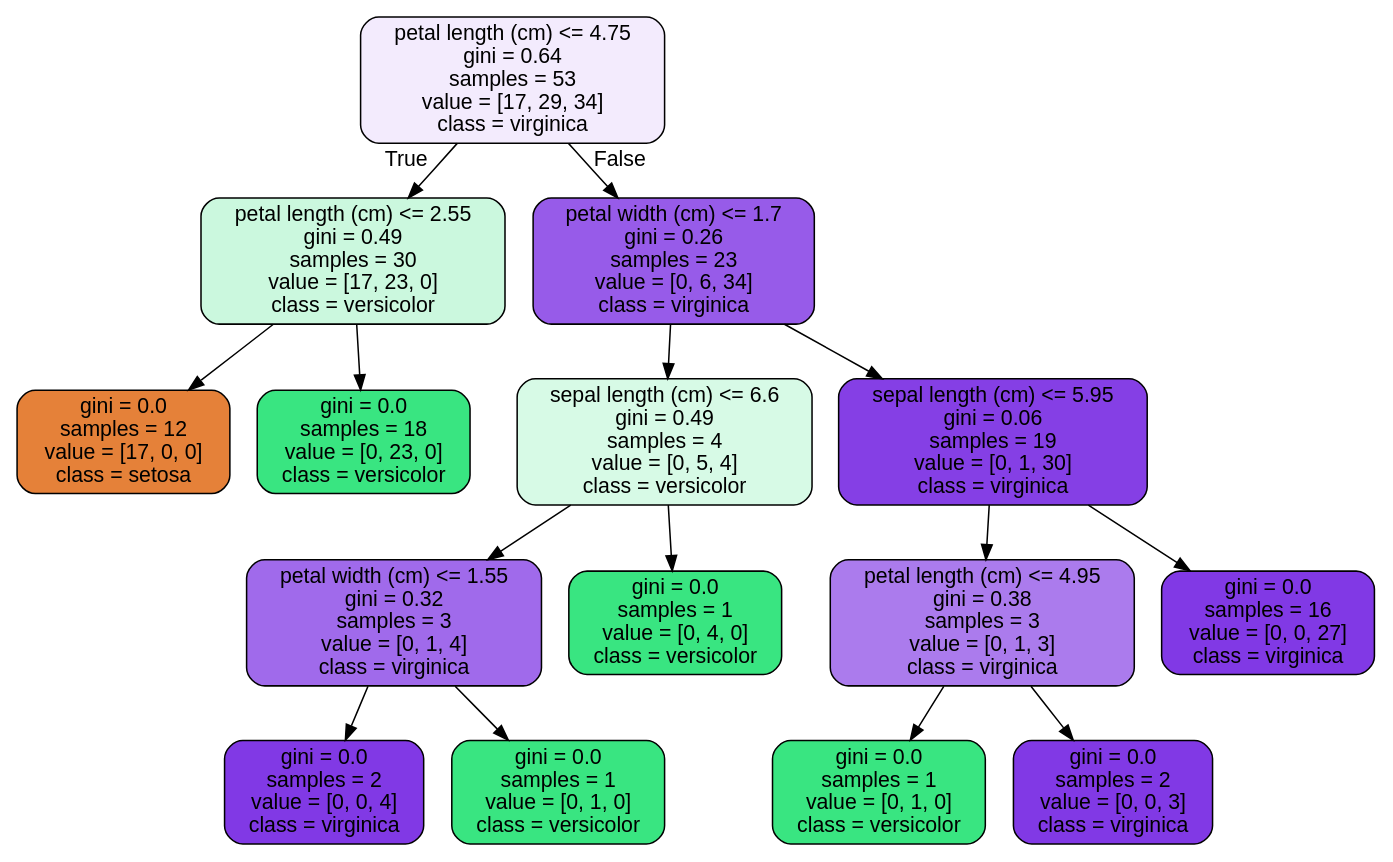
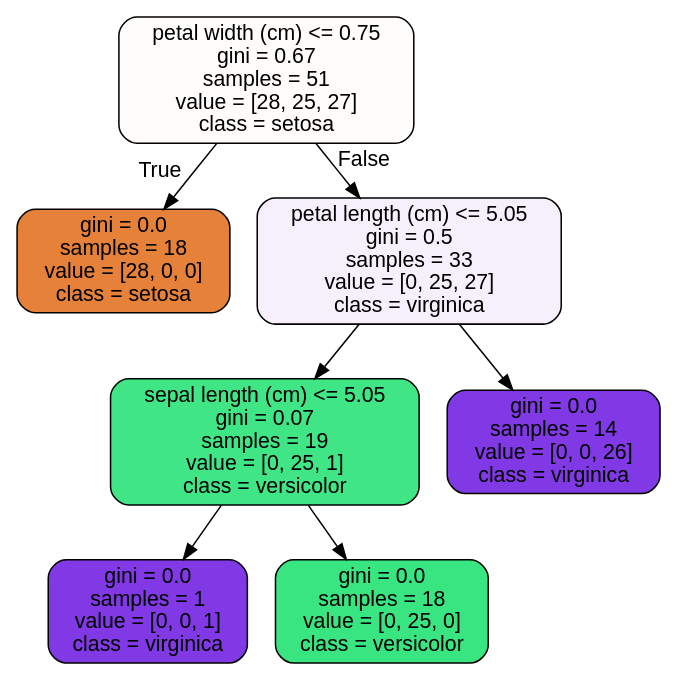
One commit to cyrilvincent/ML changed the diagram in src/tree.dot. Above: the diagram before and after it, drawn with Graphviz. The commit also changed 6 other files, not shown here.

```diff
--- a/src/tree.dot
+++ b/src/tree.dot
@@ -1,33 +1,17 @@
 digraph Tree {
 node [shape=box, style="filled, rounded", color="black", fontname=helvetica] ;
 edge [fontname=helvetica] ;
-0 [label="petal length (cm) <= 4.75\ngini = 0.64\nsamples = 53\nvalue = [17, 29, 34]\nclass = virginica", fillcolor="#8139e519"] ;
-1 [label="petal length (cm) <= 2.55\ngini = 0.49\nsamples = 30\nvalue = [17, 23, 0]\nclass = versicolor", fillcolor="#39e58143"] ;
+0 [label="petal width (cm) <= 0.75\ngini = 0.67\nsamples = 51\nvalue = [28, 25, 27]\nclass = setosa", fillcolor="#e5813905"] ;
+1 [label="gini = 0.0\nsamples = 18\nvalue = [28, 0, 0]\nclass = setosa", fillcolor="#e58139ff"] ;
 0 -> 1 [labeldistance=2.5, labelangle=45, headlabel="True"] ;
-2 [label="gini = 0.0\nsamples = 12\nvalue = [17, 0, 0]\nclass = setosa", fillcolor="#e58139ff"] ;
-1 -> 2 ;
-3 [label="gini = 0.0\nsamples = 18\nvalue = [0, 23, 0]\nclass = versicolor", fillcolor="#39e581ff"] ;
-1 -> 3 ;
-4 [label="petal width (cm) <= 1.7\ngini = 0.26\nsamples = 23\nvalue = [0, 6, 34]\nclass = virginica", fillcolor="#8139e5d2"] ;
-0 -> 4 [labeldistance=2.5, labelangle=-45, headlabel="False"] ;
-5 [label="sepal length (cm) <= 6.6\ngini = 0.49\nsamples = 4\nvalue = [0, 5, 4]\nclass = versicolor", fillcolor="#39e58133"] ;
-4 -> 5 ;
-6 [label="petal width (cm) <= 1.55\ngini = 0.32\nsamples = 3\nvalue = [0, 1, 4]\nclass = virginica", fillcolor="#8139e5bf"] ;
-5 -> 6 ;
-7 [label="gini = 0.0\nsamples = 2\nvalue = [0, 0, 4]\nclass = virginica", fillcolor="#8139e5ff"] ;
-6 -> 7 ;
-8 [label="gini = 0.0\nsamples = 1\nvalue = [0, 1, 0]\nclass = versicolor", fillcolor="#39e581ff"] ;
-6 -> 8 ;
-9 [label="gini = 0.0\nsamples = 1\nvalue = [0, 4, 0]\nclass = versicolor", fillcolor="#39e581ff"] ;
-5 -> 9 ;
-10 [label="sepal length (cm) <= 5.95\ngini = 0.06\nsamples = 19\nvalue = [0, 1, 30]\nclass = virginica", fillcolor="#8139e5f6"] ;
-4 -> 10 ;
-11 [label="petal length (cm) <= 4.95\ngini = 0.38\nsamples = 3\nvalue = [0, 1, 3]\nclass = virginica", fillcolor="#8139e5aa"] ;
-10 -> 11 ;
-12 [label="gini = 0.0\nsamples = 1\nvalue = [0, 1, 0]\nclass = versicolor", fillcolor="#39e581ff"] ;
-11 -> 12 ;
-13 [label="gini = 0.0\nsamples = 2\nvalue = [0, 0, 3]\nclass = virginica", fillcolor="#8139e5ff"] ;
-11 -> 13 ;
-14 [label="gini = 0.0\nsamples = 16\nvalue = [0, 0, 27]\nclass = virginica", fillcolor="#8139e5ff"] ;
-10 -> 14 ;
+2 [label="petal length (cm) <= 5.05\ngini = 0.5\nsamples = 33\nvalue = [0, 25, 27]\nclass = virginica", fillcolor="#8139e513"] ;
+0 -> 2 [labeldistance=2.5, labelangle=-45, headlabel="False"] ;
+3 [label="sepal length (cm) <= 5.05\ngini = 0.07\nsamples = 19\nvalue = [0, 25, 1]\nclass = versicolor", fillcolor="#39e581f5"] ;
+2 -> 3 ;
+4 [label="gini = 0.0\nsamples = 1\nvalue = [0, 0, 1]\nclass = virginica", fillcolor="#8139e5ff"] ;
+3 -> 4 ;
+5 [label="gini = 0.0\nsamples = 18\nvalue = [0, 25, 0]\nclass = versicolor", fillcolor="#39e581ff"] ;
+3 -> 5 ;
+6 [label="gini = 0.0\nsamples = 14\nvalue = [0, 0, 26]\nclass = virginica", fillcolor="#8139e5ff"] ;
+2 -> 6 ;
 }
```
